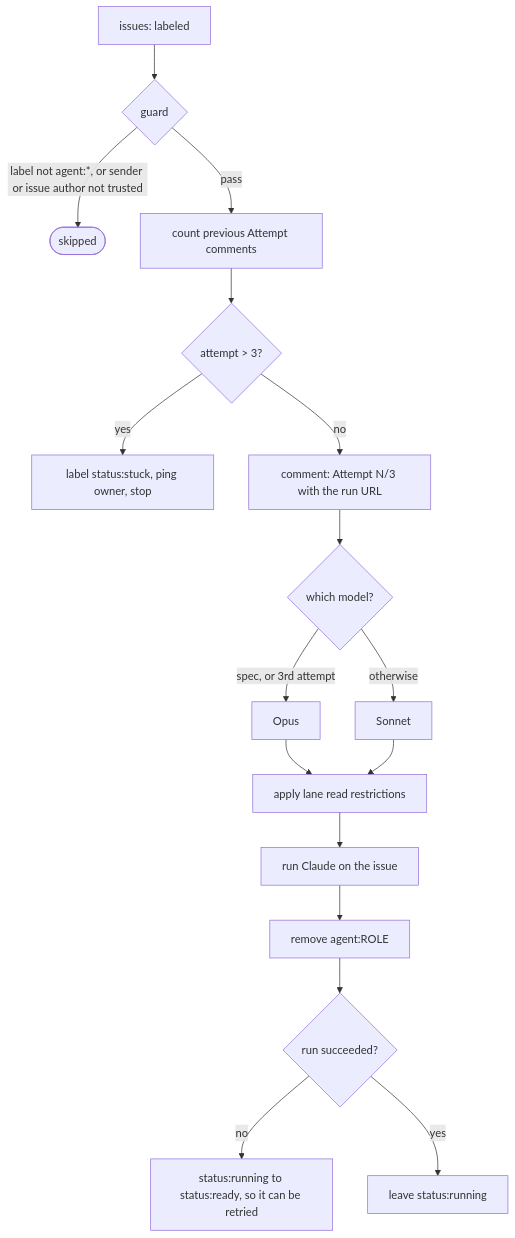
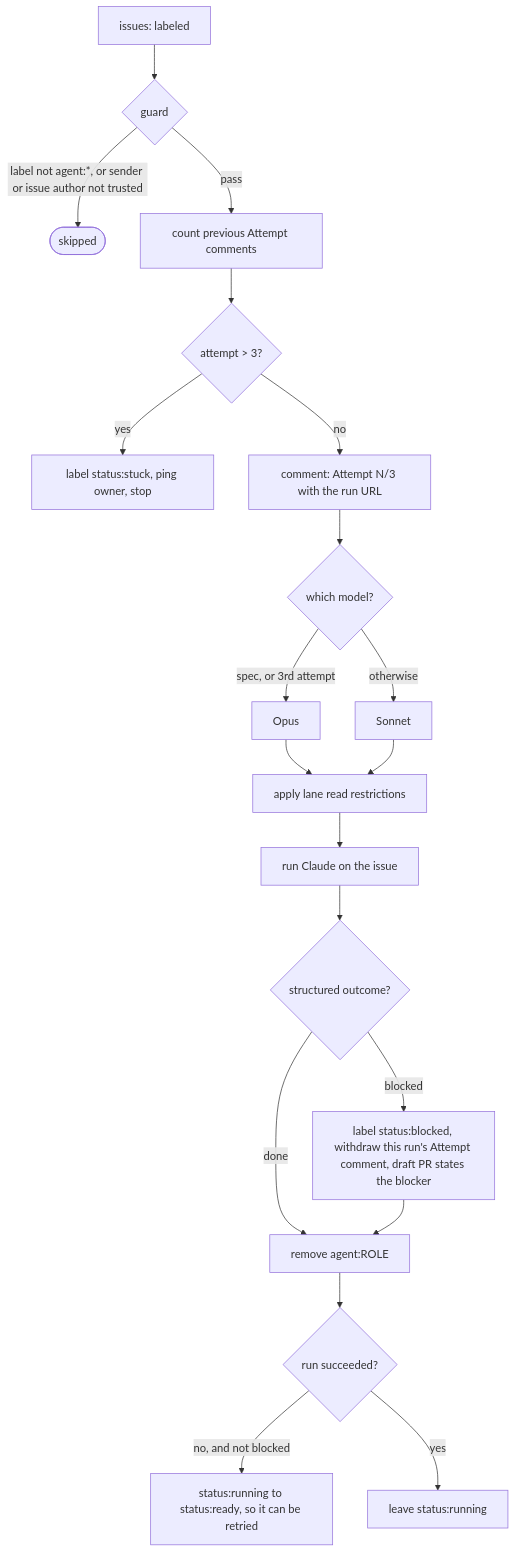
Before and after one commit to rechefe/golem: the fourth of 7 diagrams in agents/README.md, drawn with Mermaid. The commit also changed other lines of this file and 10 other files, not shown here.

````diff
--- a/agents/README.md
+++ b/agents/README.md
@@ -126,19 +199,22 @@
 ```mermaid
 flowchart TD
     trig["issues: labeled"] --> guard{"guard"}
     guard -->|"label not agent:*, or sender or issue author not trusted"| skip(["skipped"])
     guard -->|pass| count["count previous Attempt comments"]
     count --> n{"attempt > 3?"}
     n -->|yes| stuck["label status:stuck, ping owner, stop"]
     n -->|no| post["comment: Attempt N/3 with the run URL"]
     post --> model{"which model?"}
     model -->|"spec, or 3rd attempt"| opus["Opus"]
     model -->|otherwise| sonnet["Sonnet"]
     opus --> tools
     sonnet --> tools
     tools["apply lane read restrictions"] --> run["run Claude on the issue"]
-    run --> cleanup["remove agent:ROLE"]
+    run --> outcome{"structured outcome?"}
+    outcome -->|blocked| blk["label status:blocked, withdraw this run's Attempt comment, draft PR states the blocker"]
+    outcome -->|done| cleanup
+    blk --> cleanup["remove agent:ROLE"]
     cleanup --> ok{"run succeeded?"}
-    ok -->|no| back["status:running to status:ready, so it can be retried"]
+    ok -->|"no, and not blocked"| back["status:running to status:ready, so it can be retried"]
     ok -->|yes| stay["leave status:running"]
 ```
````
